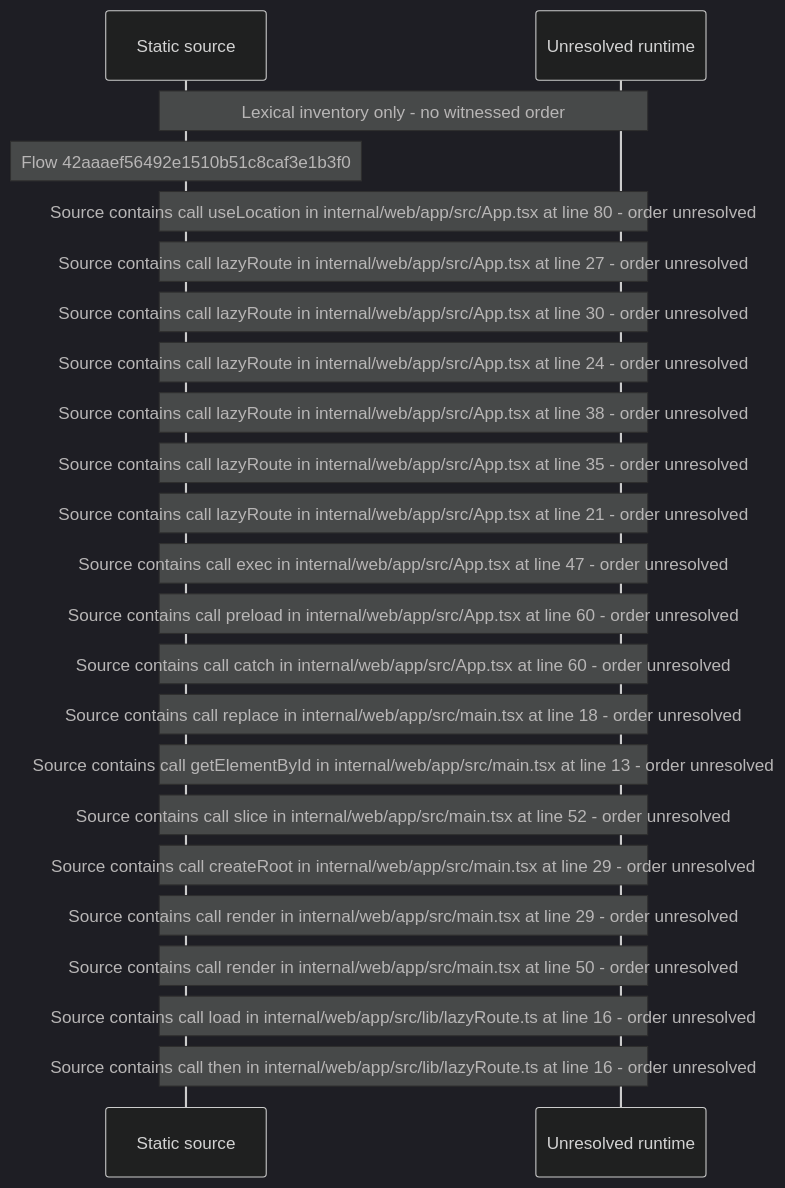
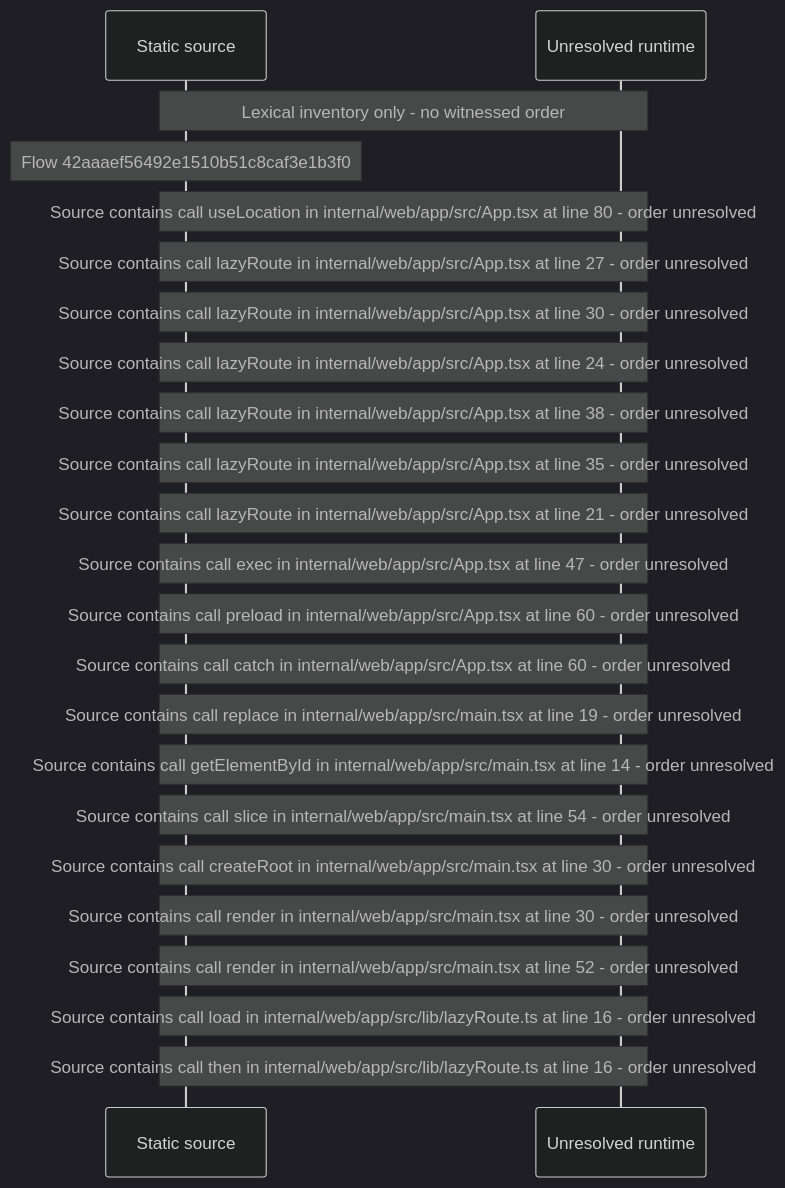
The diagram in docs/web/flows/generated/42aaaef56492e1510b51c8caf3e1b3f0/flow-diagram.md (beamfall/core), drawn with Mermaid (dark theme) before and after one commit. The commit also changed other lines of this file and 715 other files, not shown here.

Commit message:
Regenerate the web flow record on the landing stack head (CORE-1762)

````diff
--- a/docs/web/flows/generated/42aaaef56492e1510b51c8caf3e1b3f0/flow-diagram.md
+++ b/docs/web/flows/generated/42aaaef56492e1510b51c8caf3e1b3f0/flow-diagram.md
@@ -10,25 +10,25 @@
 ```mermaid
 sequenceDiagram
     participant S as Static source
     participant U as Unresolved runtime
     Note over S,U: Lexical inventory only - no witnessed order
     Note over S: Flow 42aaaef56492e1510b51c8caf3e1b3f0
     Note over S,U: Source contains call useLocation in internal/web/app/src/App.tsx at line 80 - order unresolved
     Note over S,U: Source contains call lazyRoute in internal/web/app/src/App.tsx at line 27 - order unresolved
     Note over S,U: Source contains call lazyRoute in internal/web/app/src/App.tsx at line 30 - order unresolved
     Note over S,U: Source contains call lazyRoute in internal/web/app/src/App.tsx at line 24 - order unresolved
     Note over S,U: Source contains call lazyRoute in internal/web/app/src/App.tsx at line 38 - order unresolved
     Note over S,U: Source contains call lazyRoute in internal/web/app/src/App.tsx at line 35 - order unresolved
     Note over S,U: Source contains call lazyRoute in internal/web/app/src/App.tsx at line 21 - order unresolved
     Note over S,U: Source contains call exec in internal/web/app/src/App.tsx at line 47 - order unresolved
     Note over S,U: Source contains call preload in internal/web/app/src/App.tsx at line 60 - order unresolved
     Note over S,U: Source contains call catch in internal/web/app/src/App.tsx at line 60 - order unresolved
-    Note over S,U: Source contains call replace in internal/web/app/src/main.tsx at line 18 - order unresolved
-    Note over S,U: Source contains call getElementById in internal/web/app/src/main.tsx at line 13 - order unresolved
-    Note over S,U: Source contains call slice in internal/web/app/src/main.tsx at line 52 - order unresolved
-    Note over S,U: Source contains call createRoot in internal/web/app/src/main.tsx at line 29 - order unresolved
-    Note over S,U: Source contains call render in internal/web/app/src/main.tsx at line 29 - order unresolved
-    Note over S,U: Source contains call render in internal/web/app/src/main.tsx at line 50 - order unresolved
+    Note over S,U: Source contains call replace in internal/web/app/src/main.tsx at line 19 - order unresolved
+    Note over S,U: Source contains call getElementById in internal/web/app/src/main.tsx at line 14 - order unresolved
+    Note over S,U: Source contains call slice in internal/web/app/src/main.tsx at line 54 - order unresolved
+    Note over S,U: Source contains call createRoot in internal/web/app/src/main.tsx at line 30 - order unresolved
+    Note over S,U: Source contains call render in internal/web/app/src/main.tsx at line 30 - order unresolved
+    Note over S,U: Source contains call render in internal/web/app/src/main.tsx at line 52 - order unresolved
     Note over S,U: Source contains call load in internal/web/app/src/lib/lazyRoute.ts at line 16 - order unresolved
     Note over S,U: Source contains call then in internal/web/app/src/lib/lazyRoute.ts at line 16 - order unresolved
 ```
````
